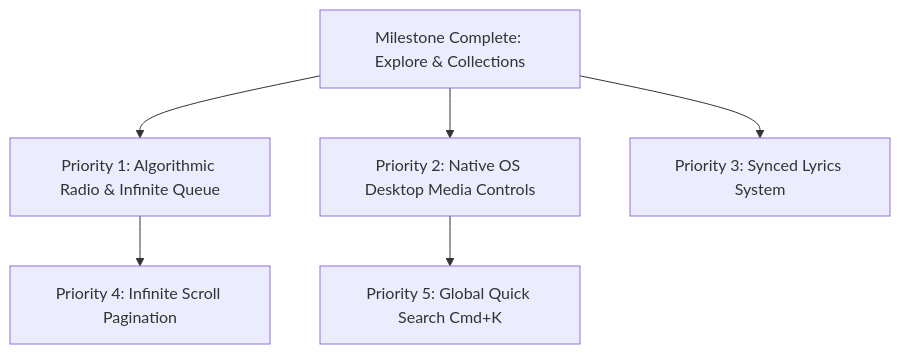
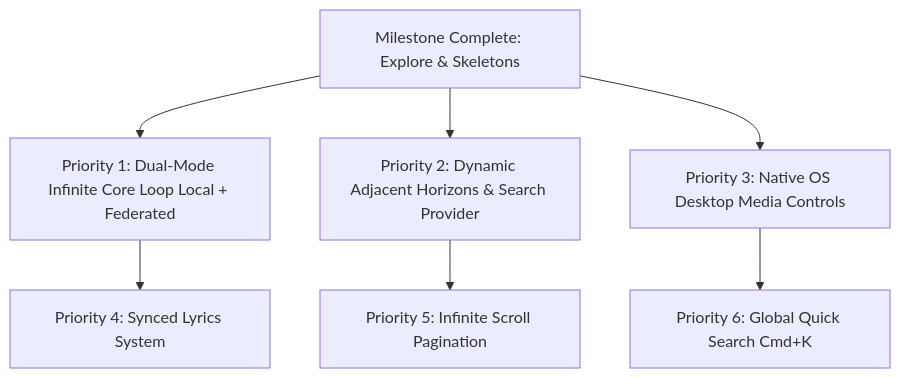
The diagram in docs/NEXT_STEPS.md (RitwikGupta-0501/lyria-music-player), drawn with Mermaid before and after one commit. The commit also changed other lines of this file and 30 other files, not shown here.

````diff
--- a/docs/NEXT_STEPS.md
+++ b/docs/NEXT_STEPS.md
@@ -23,8 +25,9 @@
 ```mermaid
 graph TD
-    A[Milestone Complete: Explore & Collections] --> B[Priority 1: Algorithmic Radio & Infinite Queue]
-    A --> C[Priority 2: Native OS Desktop Media Controls]
-    A --> D[Priority 3: Synced Lyrics System]
-    B --> E[Priority 4: Infinite Scroll Pagination]
-    C --> F[Priority 5: Global Quick Search Cmd+K]
+    A[Milestone Complete: Explore & Skeletons] --> B[Priority 1: Dual-Mode Infinite Core Loop Local + Federated]
+    A --> C[Priority 2: Dynamic Adjacent Horizons & Search Provider]
+    A --> D[Priority 3: Native OS Desktop Media Controls]
+    B --> E[Priority 4: Synced Lyrics System]
+    C --> F[Priority 5: Infinite Scroll Pagination]
+    D --> G[Priority 6: Global Quick Search Cmd+K]
 ```
````
